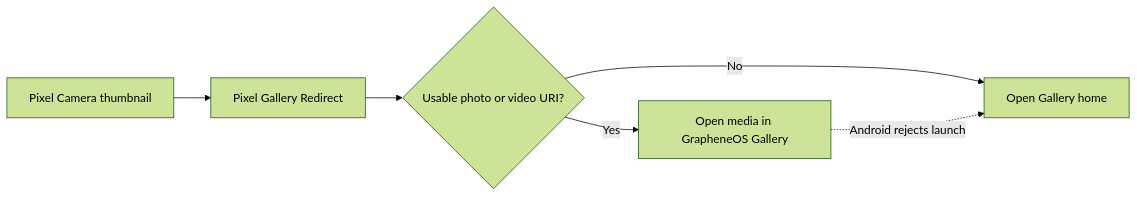
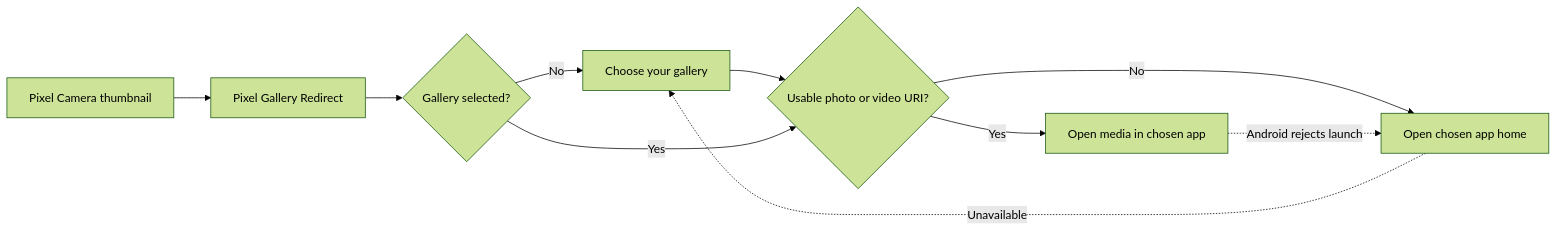
One commit to Alex9001/pixel-gallery-redirect changed the diagram in README.md. Above: the diagram before and after it, drawn with Mermaid (forest theme). The commit also changed other lines of this file and 11 other files, not shown here.

````diff
--- a/README.md
+++ b/README.md
@@ -89,8 +123,12 @@
 ```mermaid
 flowchart LR
     A[Pixel Camera thumbnail] --> B[Pixel Gallery Redirect]
-    B --> C{Usable photo or video URI?}
-    C -->|Yes| D[Open media in GrapheneOS Gallery]
-    C -->|No| E[Open Gallery home]
-    D -. Android rejects launch .-> E
+    B --> C{Gallery selected?}
+    C -->|No| P[Choose your gallery]
+    P --> D{Usable photo or video URI?}
+    C -->|Yes| D
+    D -->|Yes| E[Open media in chosen app]
+    D -->|No| F[Open chosen app home]
+    E -. Android rejects launch .-> F
+    F -. Unavailable .-> P
 ```
````
